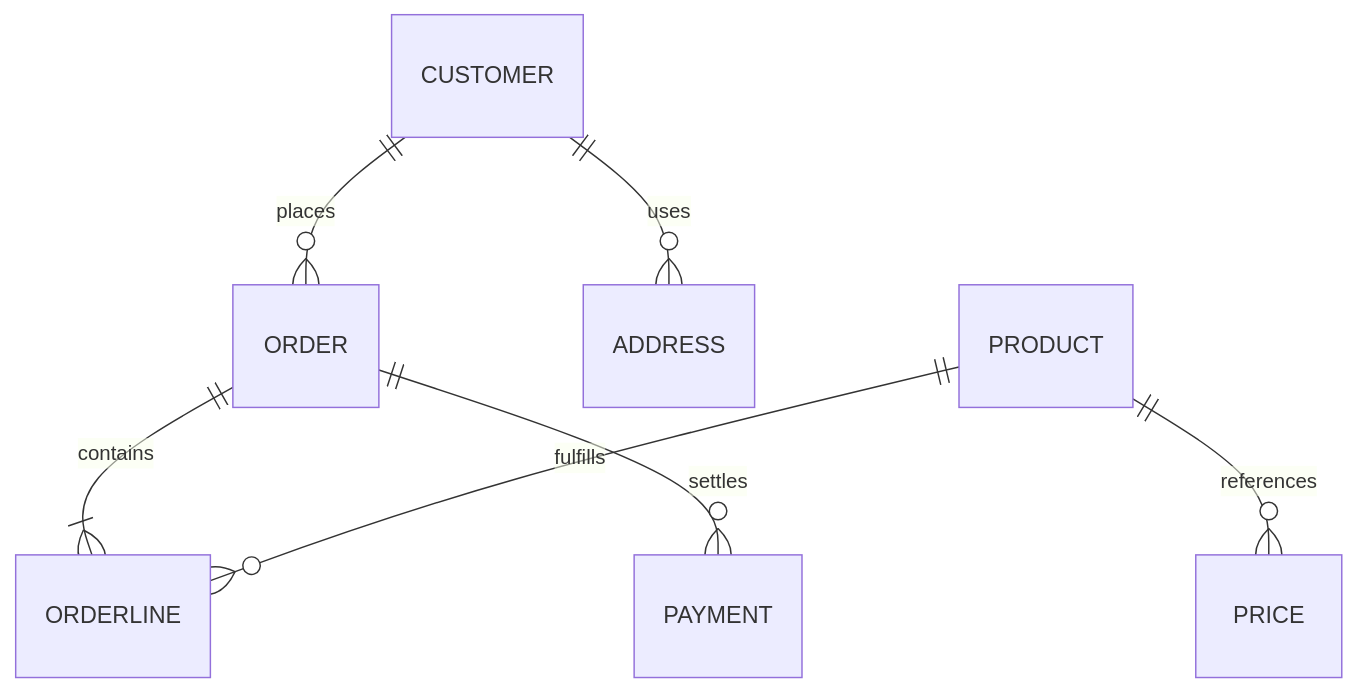
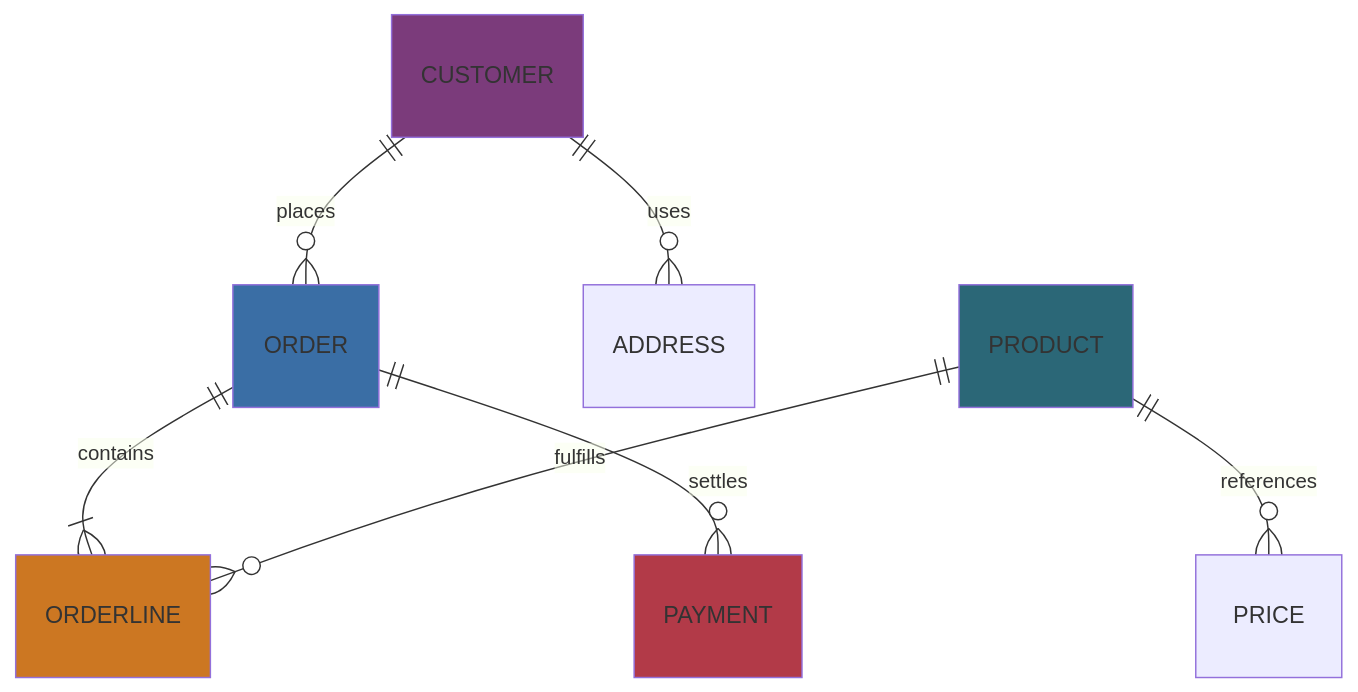
One commit to asynkron/CobolDemo-GITST changed the sixth of 6 diagrams in docs/architecture/overview.md. Above: the diagram before and after it, drawn with Mermaid. The commit also changed other lines of this file and 7 other files, not shown here.

Commit message:
Add accent fills to documentation mermaid diagrams

````diff
--- a/docs/architecture/overview.md
+++ b/docs/architecture/overview.md
@@ -125,9 +153,15 @@
 ```mermaid
 erDiagram
     CUSTOMER ||--o{ ORDER : places
     ORDER ||--|{ ORDERLINE : contains
     CUSTOMER ||--o{ ADDRESS : uses
     PRODUCT ||--o{ ORDERLINE : fulfills
     PRODUCT ||--o{ PRICE : references
     ORDER ||--o{ PAYMENT : settles
+    %% Color the anchor entities for rapid scanning.
+    style CUSTOMER fill:#7B3B7B
+    style ORDER fill:#3A6EA5
+    style ORDERLINE fill:#CC7722
+    style PRODUCT fill:#2B6777
+    style PAYMENT fill:#B23A48
 ```
````
